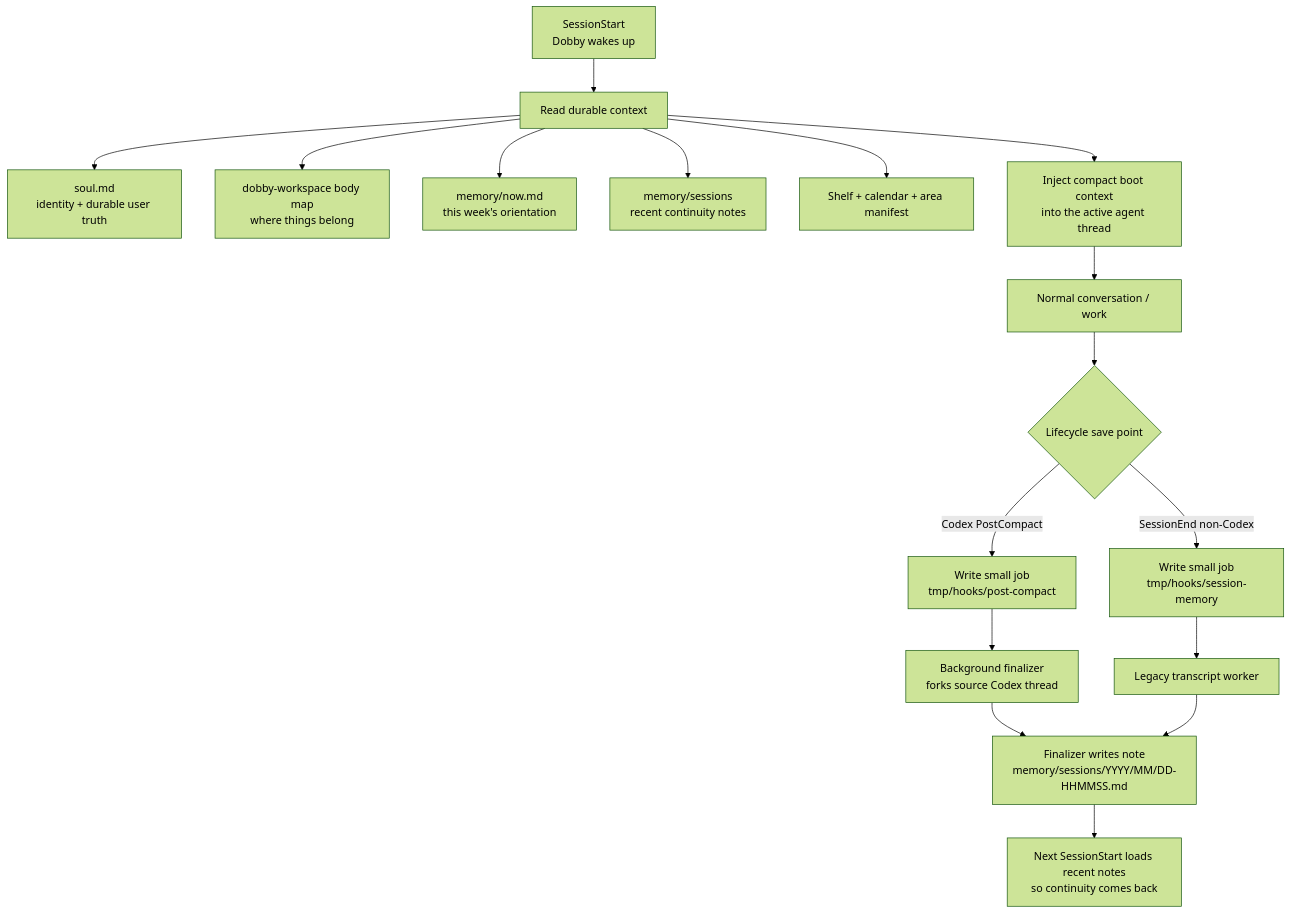
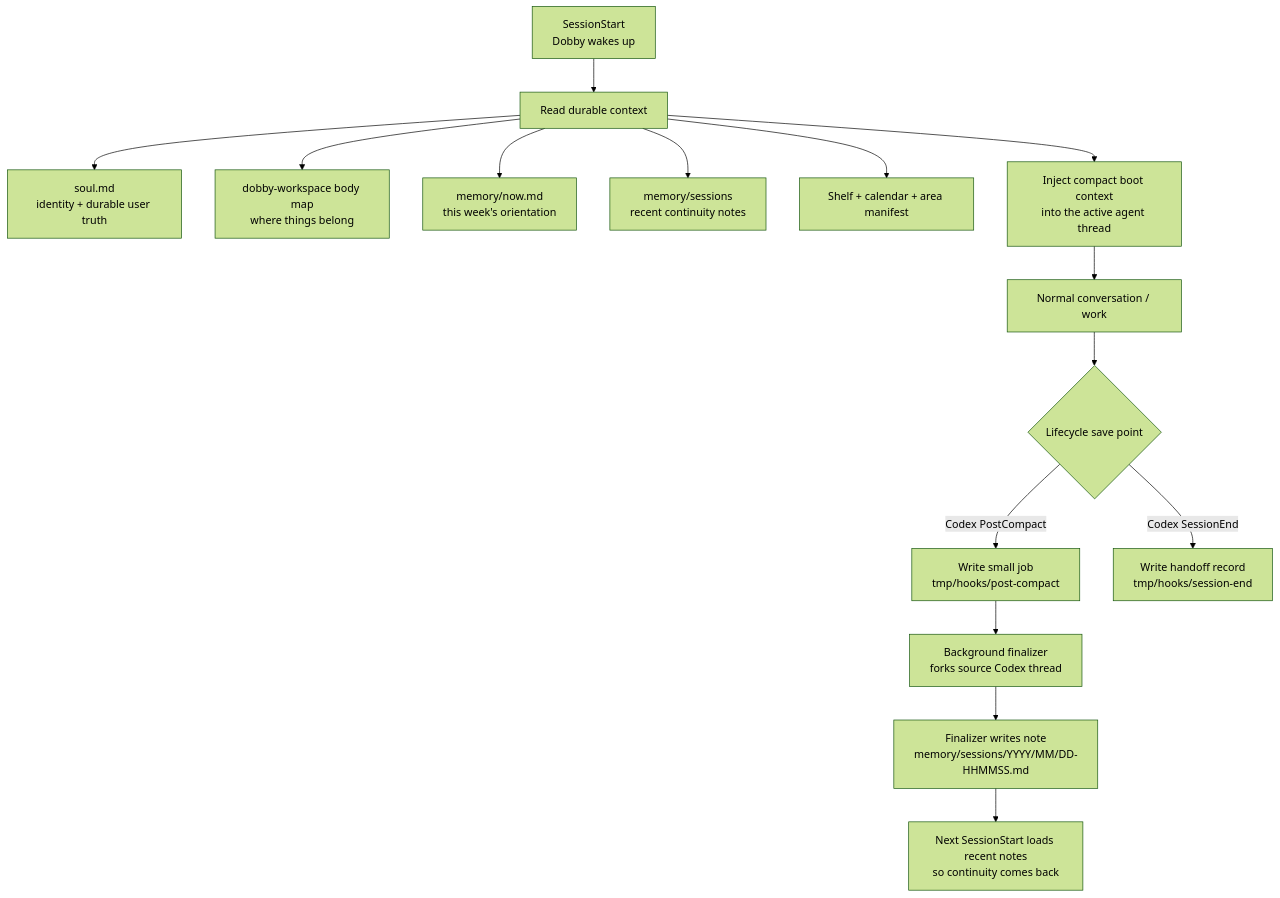
One commit to wisdom-in-a-nutshell/.agents changed the diagram in skills-source/owned/dobby-lifecycle/references/lifecycle-hooks.md. Above: the diagram before and after it, drawn with Mermaid (forest theme). The commit also changed other lines of this file and 165 other files, not shown here.

````diff
--- a/skills-source/owned/dobby-lifecycle/references/lifecycle-hooks.md
+++ b/skills-source/owned/dobby-lifecycle/references/lifecycle-hooks.md
@@ -8,23 +8,21 @@
 ```mermaid
 flowchart TD
     A["SessionStart<br/>Dobby wakes up"] --> B["Read durable context"]
     B --> B1["soul.md<br/>identity + durable user truth"]
     B --> B2["dobby-workspace body map<br/>where things belong"]
     B --> B3["memory/now.md<br/>this week's orientation"]
     B --> B4["memory/sessions<br/>recent continuity notes"]
     B --> B5["Shelf + calendar + area manifest"]
     B --> C["Inject compact boot context<br/>into the active agent thread"]
 
     C --> D["Normal conversation / work"]
 
     D --> E{"Lifecycle save point"}
     E -->|Codex PostCompact| F["Write small job<br/>tmp/hooks/post-compact"]
     F --> G["Background finalizer<br/>forks source Codex thread"]
     G --> H["Finalizer writes note<br/>memory/sessions/YYYY/MM/DD-HHMMSS.md"]
 
-    E -->|SessionEnd non-Codex| I["Write small job<br/>tmp/hooks/session-memory"]
-    I --> J["Legacy transcript worker"]
-    J --> H
+    E -->|Codex SessionEnd| I["Write handoff record<br/>tmp/hooks/session-end"]
 
     H --> K["Next SessionStart loads recent notes<br/>so continuity comes back"]
 ```
````
